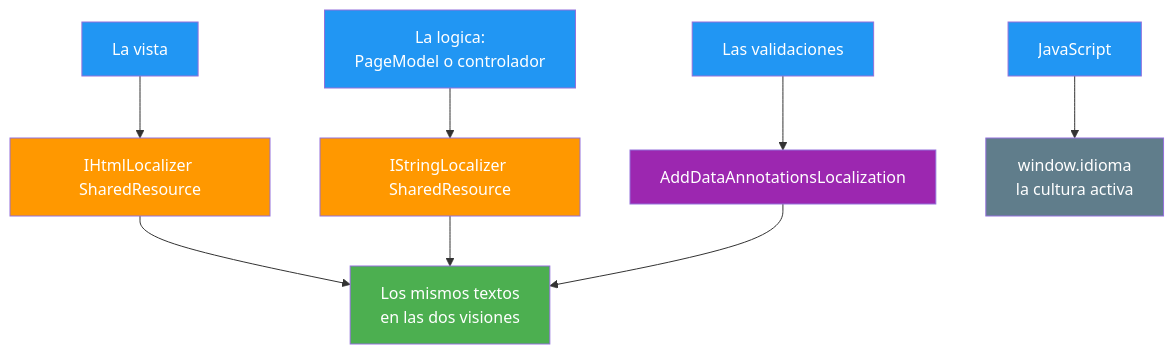
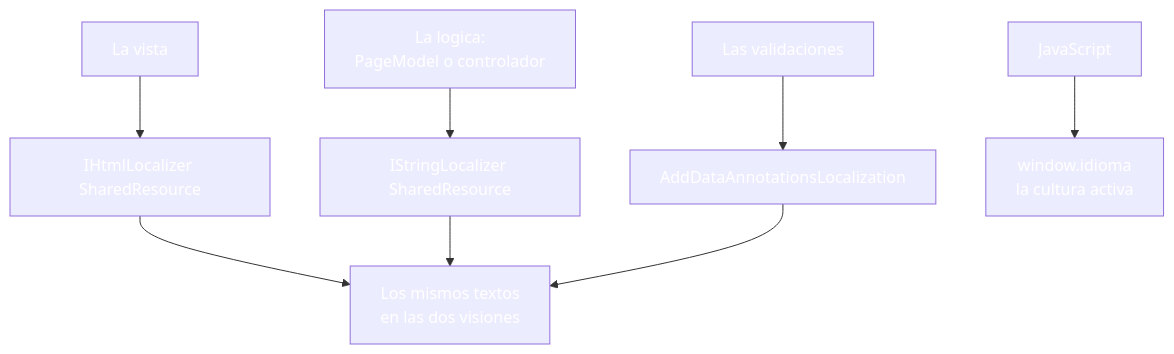
Before and after one commit to joseluisgs/DesarrolloWebEntornosServidor-03-2026-2027: the fourth of 5 diagrams in 22-i18n-localizacion.md, drawn with Mermaid. The commit also changed other lines of this file and 30 other files, not shown here.

````diff
--- a/22-i18n-localizacion.md
+++ b/22-i18n-localizacion.md
@@ -378,19 +378,19 @@
 ```mermaid
 graph TD
     V["La vista"] --> HL["IHtmlLocalizer SharedResource"]
     L["La logica:<br/>PageModel o controlador"] --> SL["IStringLocalizer SharedResource"]
     F["Las validaciones"] --> DA["AddDataAnnotationsLocalization"]
     J["JavaScript"] --> G["window.idioma<br/>la cultura activa"]
     HL --> T["Los mismos textos<br/>en las dos visiones"]
     SL --> T
     DA --> T
-    style V fill:#2196F3,color:#fff
-    style L fill:#2196F3,color:#fff
-    style F fill:#2196F3,color:#fff
-    style J fill:#2196F3,color:#fff
-    style HL fill:#FF9800,color:#fff
-    style SL fill:#FF9800,color:#fff
-    style DA fill:#9C27B0,color:#fff
-    style G fill:#607D8B,color:#fff
-    style T fill:#4CAF50,color:#fff
+    style V fill:#2196F,color:#fff3,color:#fff
+    style L fill:#2196F,color:#fff3,color:#fff
+    style F fill:#2196F,color:#fff3,color:#fff
+    style J fill:#2196F,color:#fff3,color:#fff
+    style HL fill:#FF980,color:#fff0,color:#fff
+    style SL fill:#FF980,color:#fff0,color:#fff
+    style DA fill:#9C27B,color:#fff0,color:#fff
+    style G fill:#607D8,color:#fffB,color:#fff
+    style T fill:#4CAF5,color:#fff0,color:#fff
 ```
````
